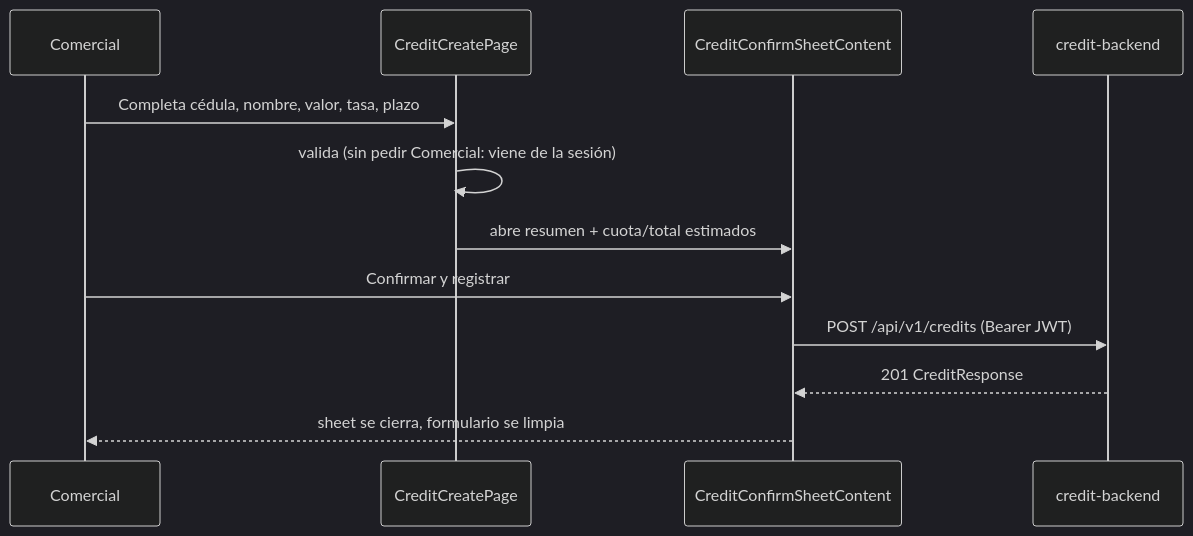
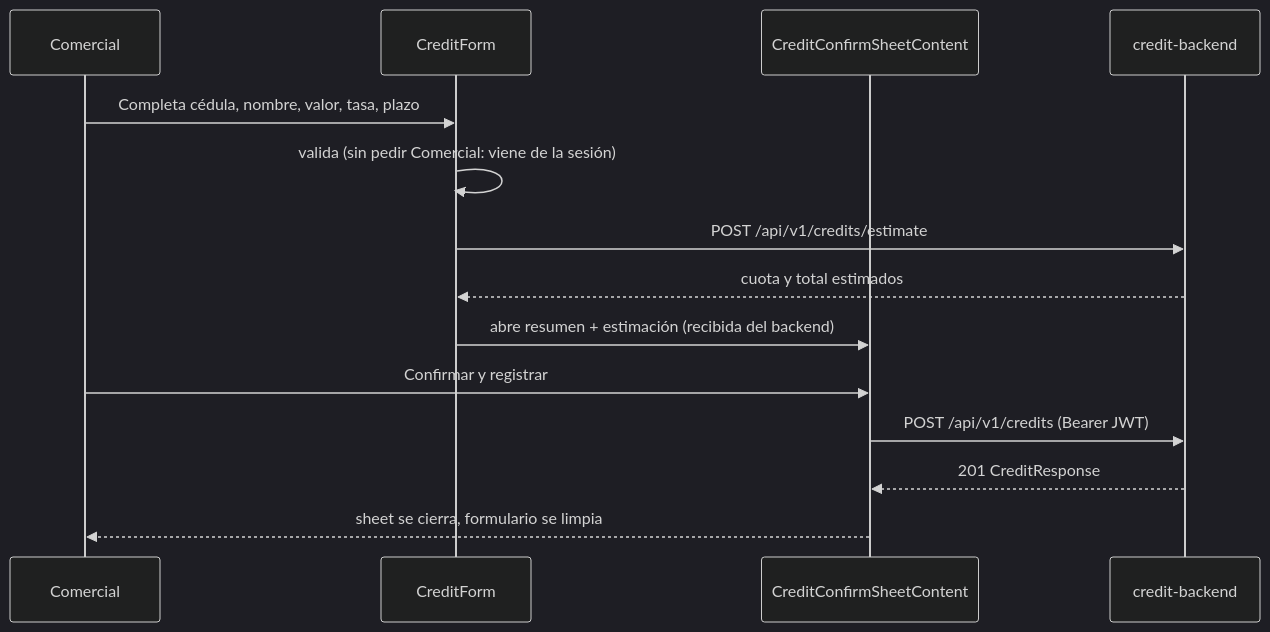
Before and after one commit to CarlosPolo019/credit-mobile: the second of 2 diagrams in README.md, drawn with Mermaid (dark theme).

Commit message:
docs: update the credit registration sequence diagram (estimate call, CreditForm)

````diff
--- a/README.md
+++ b/README.md
@@ -26,14 +26,16 @@
 ```mermaid
 sequenceDiagram
   participant User as Comercial
-  participant Page as CreditCreatePage
+  participant Form as CreditForm
   participant Sheet as CreditConfirmSheetContent
   participant API as credit-backend
-  User->>Page: Completa cédula, nombre, valor, tasa, plazo
-  Page->>Page: valida (sin pedir Comercial: viene de la sesión)
-  Page->>Sheet: abre resumen + cuota/total estimados
+  User->>Form: Completa cédula, nombre, valor, tasa, plazo
+  Form->>Form: valida (sin pedir Comercial: viene de la sesión)
+  Form->>API: POST /api/v1/credits/estimate
+  API-->>Form: cuota y total estimados
+  Form->>Sheet: abre resumen + estimación (recibida del backend)
   User->>Sheet: Confirmar y registrar
   Sheet->>API: POST /api/v1/credits (Bearer JWT)
   API-->>Sheet: 201 CreditResponse
   Sheet-->>User: sheet se cierra, formulario se limpia
 ```
````
